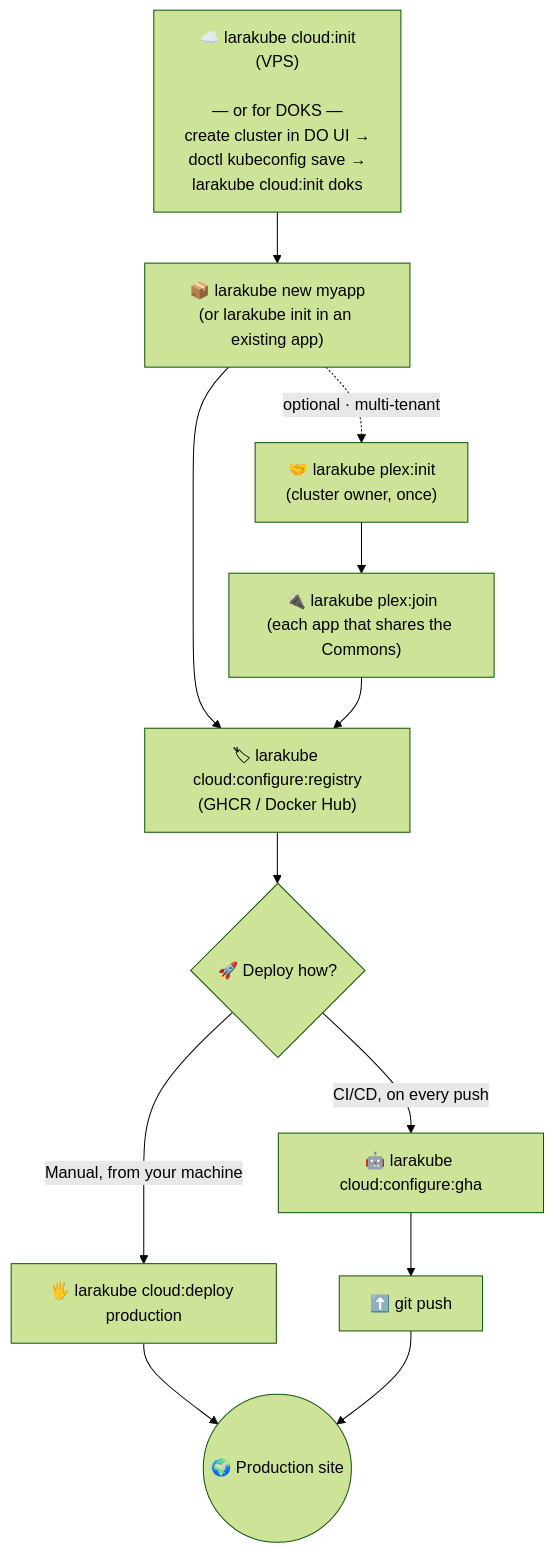
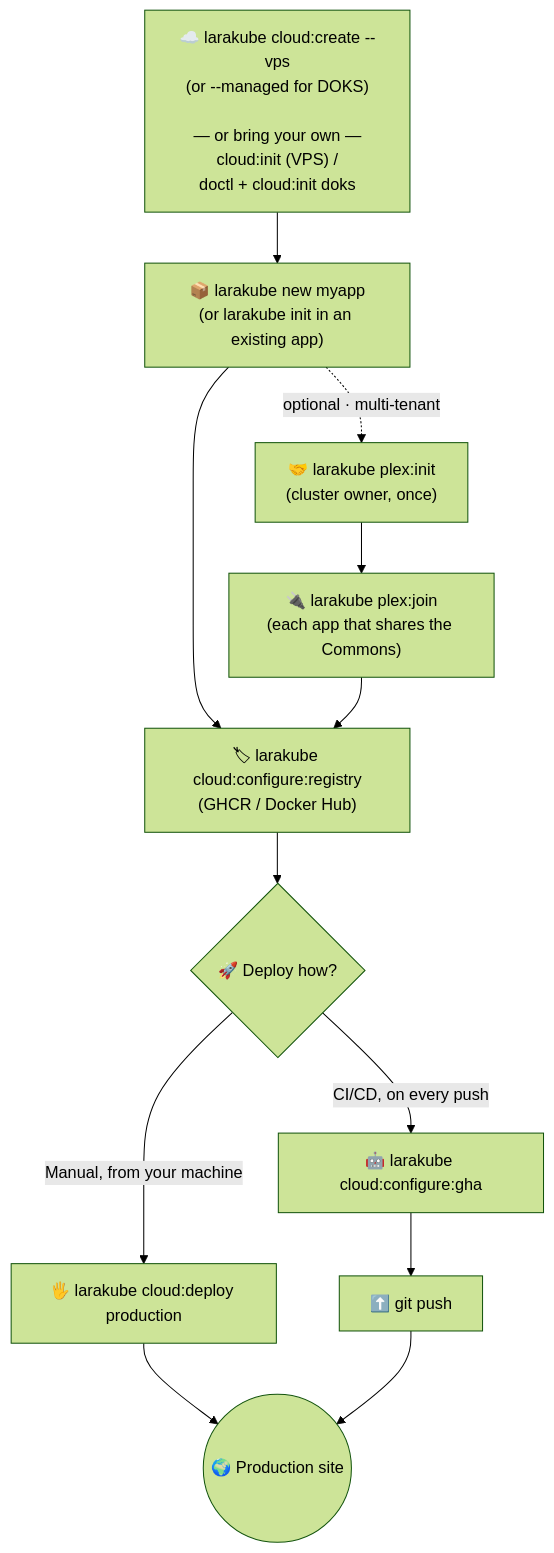
One commit to luchavez-technologies/larakube-docs changed the diagram in docs/deployment/journey.md. Above: the diagram before and after it, drawn with Mermaid (forest theme). The commit also changed other lines of this file and 30 other files, not shown here.

First line of the commit message:
docs: document cloud:create provisioning and trim near-duplicate pages

````diff
--- a/docs/deployment/journey.md
+++ b/docs/deployment/journey.md
@@ -10,25 +10,25 @@
 ```mermaid
 flowchart TD
-    P["☁️ larakube cloud:init<br/>(VPS)<br/><br/>— or for DOKS —<br/>create cluster in DO UI →<br/>doctl kubeconfig save →<br/>larakube cloud:init doks"]
+    P["☁️ larakube cloud:create --vps<br/>(or --managed for DOKS)<br/><br/>— or bring your own —<br/>cloud:init (VPS) /<br/>doctl + cloud:init doks"]
     N["📦 larakube new myapp<br/>(or larakube init in an existing app)"]
     PI["🤝 larakube plex:init<br/>(cluster owner, once)"]
     PJ["🔌 larakube plex:join<br/>(each app that shares the Commons)"]
     R["🏷 larakube cloud:configure:registry<br/>(GHCR / Docker Hub)"]
     F{"🚀 Deploy how?"}
     M["🖐 larakube cloud:deploy production"]
     G["🤖 larakube cloud:configure:gha"]
     Push["⬆️ git push"]
     Live(("🌍 Production site"))
 
     P --> N
     N -. "optional · multi-tenant" .-> PI
     PI --> PJ
     N --> R
     PJ --> R
     R --> F
     F -- "Manual, from your machine" --> M
     F -- "CI/CD, on every push" --> G
     G --> Push
     M --> Live
     Push --> Live
 ```
````
